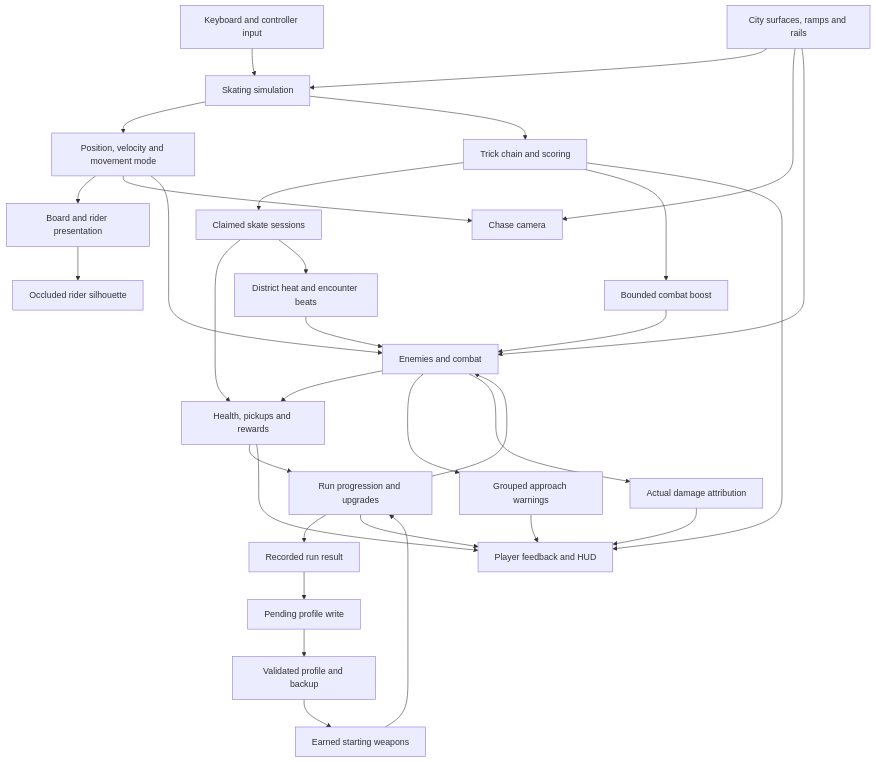
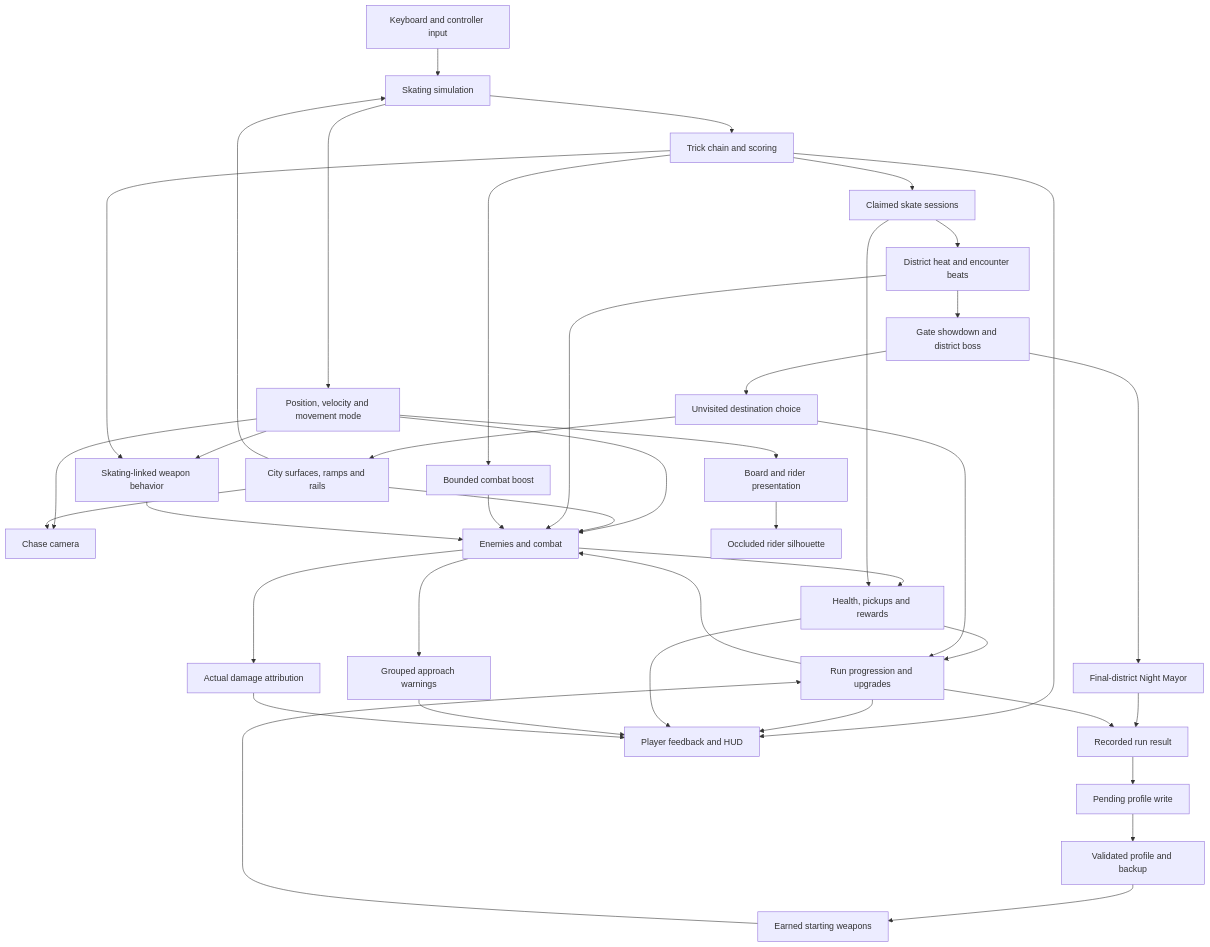
One commit to whenitisnight/grave-grind-devlog changed the diagram in docs/system-map.md. Above: the diagram before and after it, drawn with Mermaid. The commit also changed other lines of this file and 7 other files, not shown here.

````diff
--- a/docs/system-map.md
+++ b/docs/system-map.md
@@ -5,34 +5,43 @@
 ```mermaid
 flowchart TD
     Input[Keyboard and controller input] --> Skate[Skating simulation]
     City[City surfaces, ramps and rails] --> Skate
     Skate --> State[Position, velocity and movement mode]
     Skate --> Tricks[Trick chain and scoring]
     State --> Rig[Board and rider presentation]
     State --> Camera[Chase camera]
     City --> Camera
     State --> Combat[Enemies and combat]
     City --> Combat
     Run[Run progression and upgrades] --> Combat
     Combat --> Rewards[Health, pickups and rewards]
     Rewards --> Run
     Tricks --> Sessions[Claimed skate sessions]
     Sessions --> Rewards
     Sessions --> Pressure[District heat and encounter beats]
     Pressure --> Combat
     Tricks --> Boost[Bounded combat boost]
     Boost --> Combat
+    State --> Attacks[Skating-linked weapon behavior]
+    Tricks --> Attacks
+    Attacks --> Combat
+    Pressure --> Showdown[Gate showdown and district boss]
+    Showdown --> Travel[Unvisited destination choice]
+    Travel --> Run
+    Travel --> City
+    Showdown --> Finale[Final-district Night Mayor]
+    Finale --> Result
     Run --> Result[Recorded run result]
     Result --> Pending[Pending profile write]
     Pending --> Profile[Validated profile and backup]
     Profile --> Garage[Earned starting weapons]
     Garage --> Run
     Tricks --> HUD[Player feedback and HUD]
     Run --> HUD
     Rewards --> HUD
     Combat --> Threats[Grouped approach warnings]
     Combat --> Damage[Actual damage attribution]
     Threats --> HUD
     Damage --> HUD
     Rig --> Visibility[Occluded rider silhouette]
 ```
````
